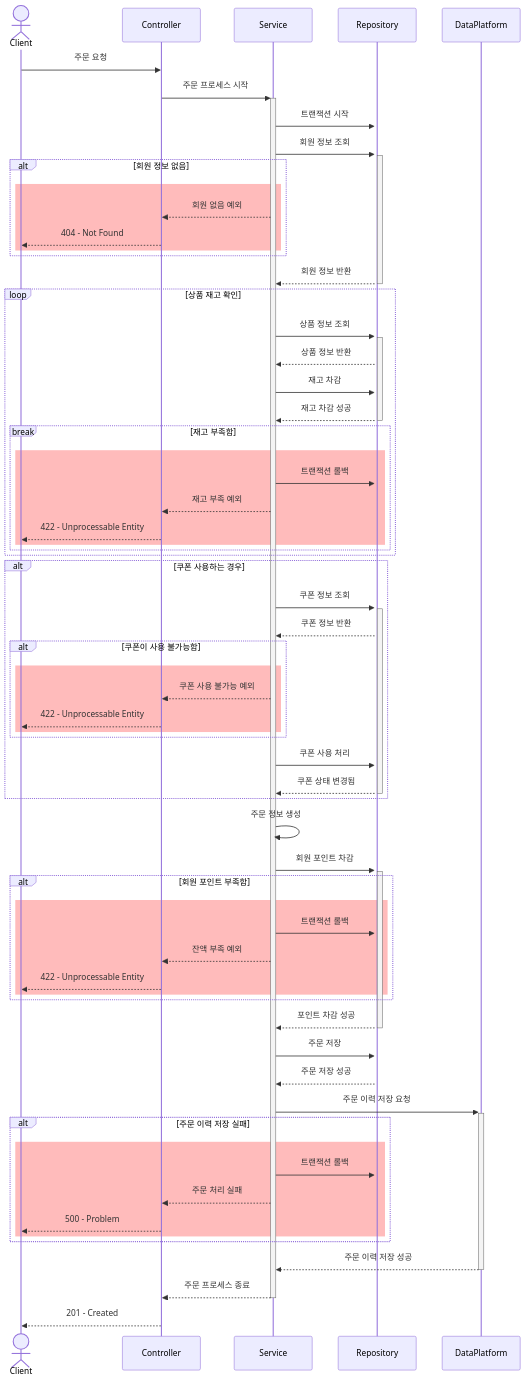
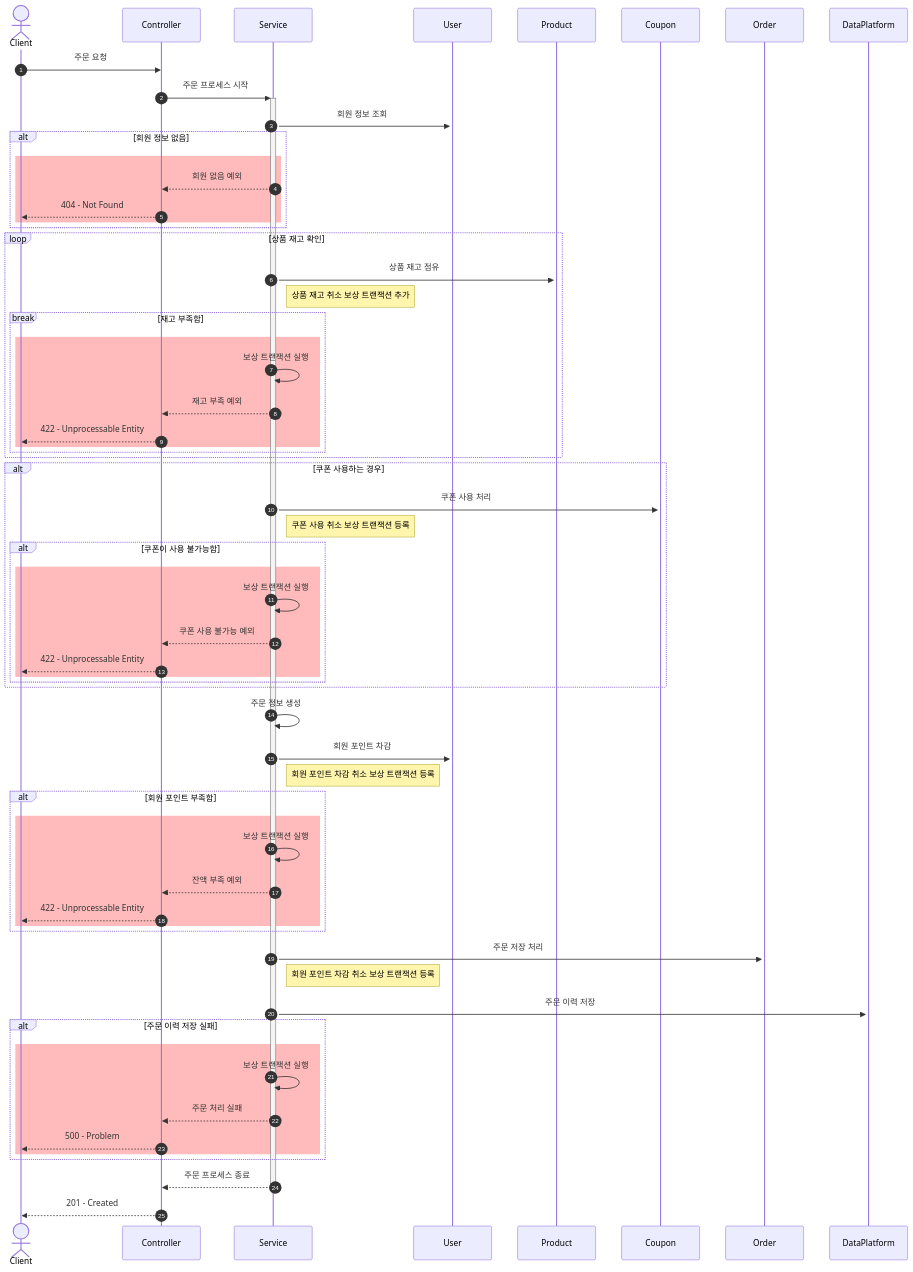
The fourth of 7 diagrams in docs/core-usecases.md (ite476/hhplus-ecommerce-api), drawn with Mermaid before and after one commit.

Commit message:
doc: 주문 및 결제 시퀀스 다이어그램을 도메인 관점으로 변경
> - 각 도메인 별 보상 트랜잭션 등록/호출을 가시화
> - SAGA 패턴 형태를 취함

````diff
--- a/docs/core-usecases.md
+++ b/docs/core-usecases.md
@@ -85,18 +85,20 @@
 ```mermaid
 sequenceDiagram
+    autonumber
     actor Client
     participant Controller
     participant Service
-    participant Repository
+    participant User
+    participant Product
+    participant Coupon
+    participant Order
     participant DataPlatform
     
     %% 주문 / 결제 API
     Client ->> Controller: 주문 요청
     Controller ->>+ Service: 주문 프로세스 시작
 
-    Service ->>+ Repository: 트랜잭션 시작  
-
-    Service ->>+ Repository: 회원 정보 조회
+    Service ->>+ User: 회원 정보 조회
     
     alt 회원 정보 없음
         rect rgb(255, 30, 30, .3)
@@ -105,18 +107,13 @@
         end
     end
     
-    Repository -->>- Service: 회원 정보 반환
+    loop 상품 재고 확인
+        Service ->>+ Product: 상품 재고 점유
+        note right of Service: 상품 재고 취소 보상 트랜잭션 추가
 
-    loop 상품 재고 확인
-        Service ->>+ Repository: 상품 정보 조회
-        Repository -->> Service: 상품 정보 반환
-        
-        Service ->> Repository: 재고 차감
-        Repository -->>- Service: 재고 차감 성공
-        
         break 재고 부족함
-            rect rgb(255, 30, 30, .3)   
-                Service ->> Repository: 트랜잭션 롤백
+            rect rgb(255, 30, 30, .3)
+                Service ->> Service: 보상 트랜잭션 실행
                 Service -->> Controller: 재고 부족 예외
                 Controller -->> Client: 422 - Unprocessable Entity
             end
@@ -124,49 +121,43 @@
     end
         
     alt 쿠폰 사용하는 경우
-        Service ->>+ Repository: 쿠폰 정보 조회
-        Repository -->> Service: 쿠폰 정보 반환
+        Service ->>+ Coupon: 쿠폰 사용 처리
+        note right of Service : 쿠폰 사용 취소 보상 트랜잭션 등록
         
         alt 쿠폰이 사용 불가능함
             rect rgb(255, 30, 30, .3)
+                Service ->> Service: 보상 트랜잭션 실행
                 Service -->> Controller: 쿠폰 사용 불가능 예외
                 Controller -->> Client: 422 - Unprocessable Entity
             end
         end
-        
-        Service ->> Repository: 쿠폰 사용 처리
-        Repository -->>- Service: 쿠폰 상태 변경됨
     end
     
     Service ->> Service: 주문 정보 생성
     
-    Service ->>+ Repository: 회원 포인트 차감
+    Service ->>+ User: 회원 포인트 차감
+    note right of Service: 회원 포인트 차감 취소 보상 트랜잭션 등록
     
     alt 회원 포인트 부족함
         rect rgb(255, 30, 30, .3)
-            Service ->> Repository: 트랜잭션 롤백    
+            Service ->> Service: 보상 트랜잭션 실행
             Service -->> Controller: 잔액 부족 예외
             Controller -->> Client: 422 - Unprocessable Entity
         end
     end
     
-    Repository -->>- Service: 포인트 차감 성공
-    
-    Service ->> Repository: 주문 저장
-    Repository -->> Service: 주문 저장 성공
-    
-    Service ->>+ DataPlatform: 주문 이력 저장 요청
-    
+    Service ->>+ Order: 주문 저장 처리
+    note right of Service: 회원 포인트 차감 취소 보상 트랜잭션 등록
+
+    Service ->>+ DataPlatform: 주문 이력 저장
     alt 주문 이력 저장 실패
         rect rgb(255, 30, 30, .3)
-            Service ->> Repository: 트랜잭션 롤백
+            Service ->> Service: 보상 트랜잭션 실행
             Service -->> Controller: 주문 처리 실패
             Controller -->> Client: 500 - Problem
         end
     end
     
-    DataPlatform -->>- Service: 주문 이력 저장 성공
-    
     Service -->>- Controller: 주문 프로세스 종료
     
     Controller -->> Client: 201 - Created    
````
